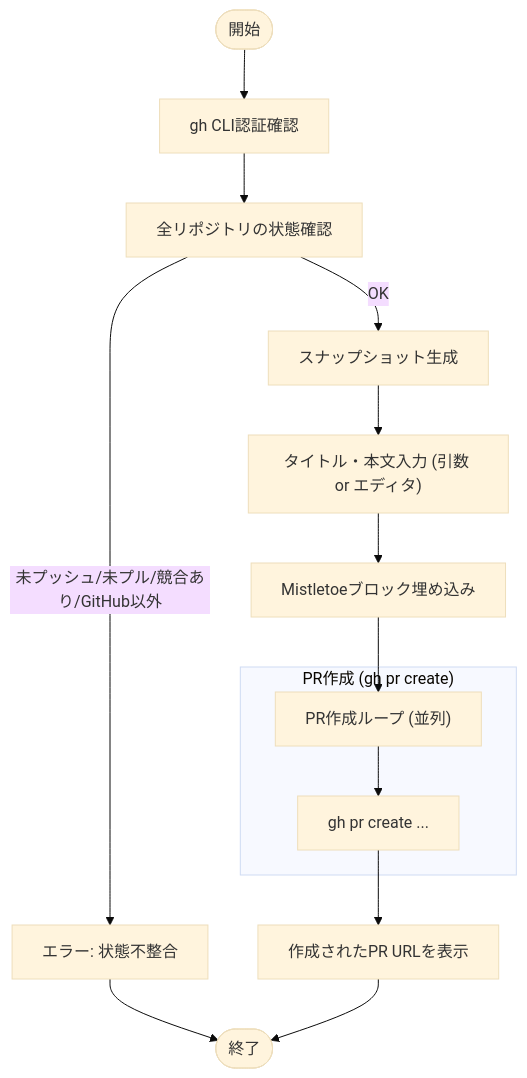
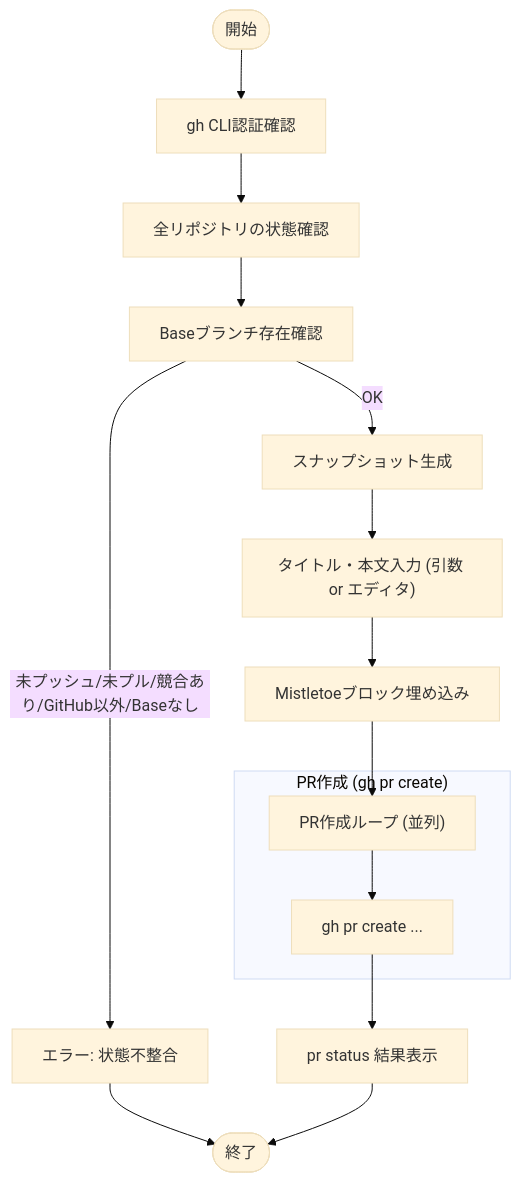
One commit to keiji/mistletoe changed the diagram in docs/internal/app/pr_create.md. Above: the diagram before and after it, drawn with Mermaid (base theme). The commit also changed other lines of this file and 3 other files, not shown here.

````diff
--- a/docs/internal/app/pr_create.md
+++ b/docs/internal/app/pr_create.md
@@ -26,21 +26,22 @@
 ```mermaid
 flowchart TD
     Start(["開始"]) --> ValidateAuth["gh CLI認証確認"]
     ValidateAuth --> CheckClean["全リポジトリの状態確認"]
+    CheckClean --> VerifyBase["Baseブランチ存在確認"]
 
-    CheckClean -- "未プッシュ/未プル/競合あり/GitHub以外" --> ErrorState["エラー: 状態不整合"]
-    CheckClean -- "OK" --> GenSnapshot["スナップショット生成"]
+    VerifyBase -- "未プッシュ/未プル/競合あり/GitHub以外/Baseなし" --> ErrorState["エラー: 状態不整合"]
+    VerifyBase -- "OK" --> GenSnapshot["スナップショット生成"]
 
     GenSnapshot --> InputContent["タイトル・本文入力 (引数 or エディタ)"]
     InputContent --> EmbedBlock["Mistletoeブロック埋め込み"]
 
     EmbedBlock --> CreatePRs["PR作成ループ (並列)"]
 
     subgraph "PR作成 (gh pr create)"
         CreatePRs --> CallGH["gh pr create ..."]
     end
 
-    CallGH --> Report["作成されたPR URLを表示"]
+    CallGH --> ShowStatus["pr status 結果表示"]
     ErrorState --> Stop(["終了"])
-    Report --> Stop
+    ShowStatus --> Stop
 ```
````
